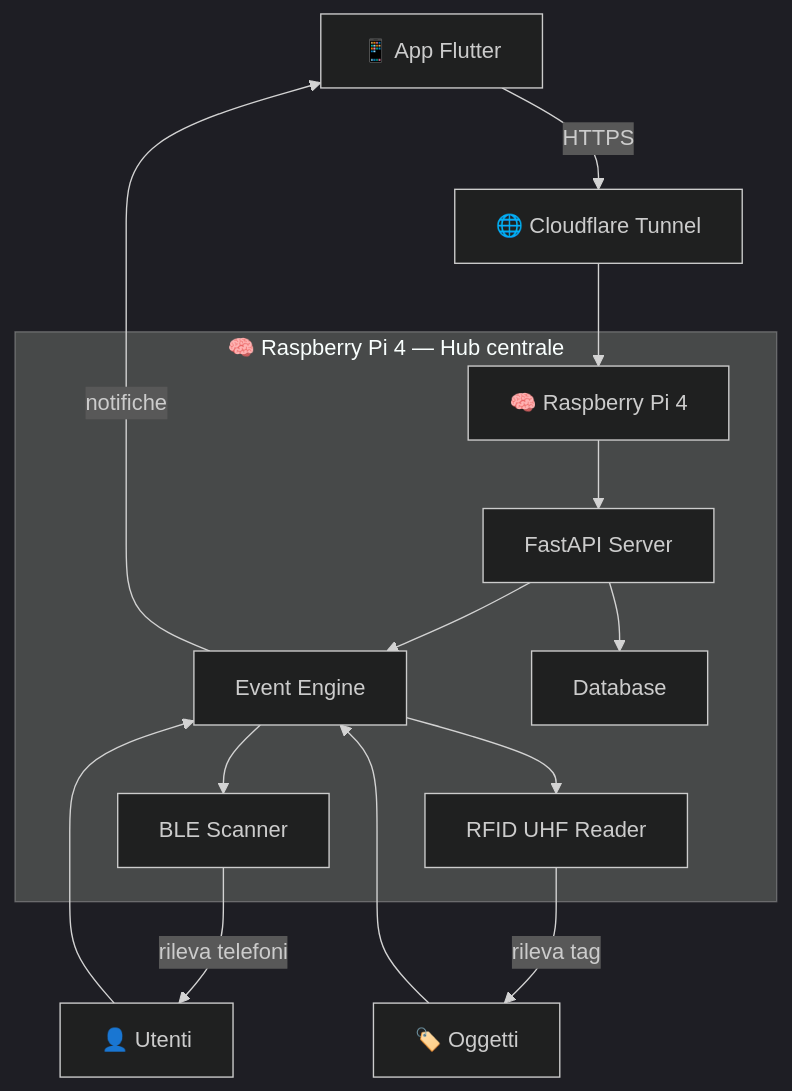
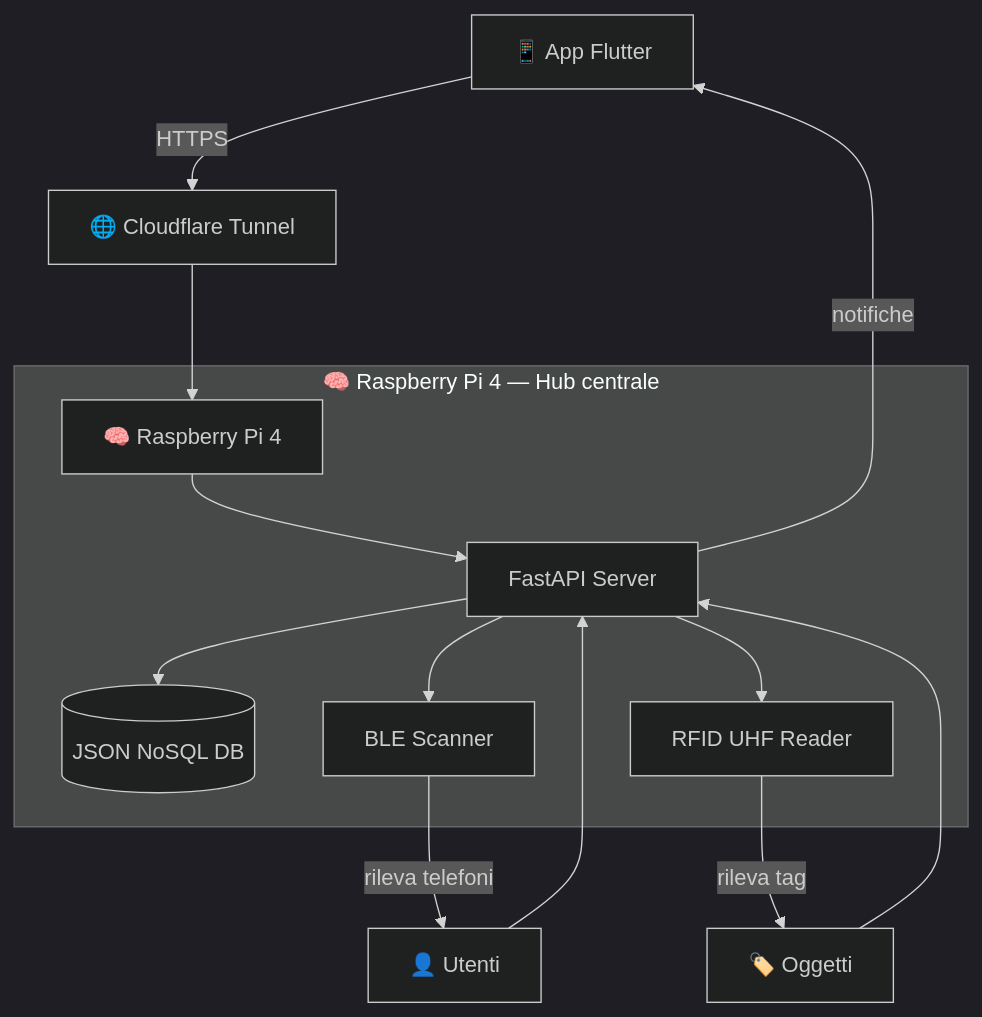
The first of 2 diagrams in docs/panoramica/architettura.md (ScalabrinSimone/GateKeeper), drawn with Mermaid (dark theme) before and after one commit. The commit also changed other lines of this file and 10 other files, not shown here.

````diff
--- a/docs/panoramica/architettura.md
+++ b/docs/panoramica/architettura.md
@@ -14,19 +14,18 @@
 ```mermaid
 graph TD
     A[📱 App Flutter] -->|HTTPS| B[🌐 Cloudflare Tunnel]
     B --> C[🧠 Raspberry Pi 4]
 
     subgraph HUB ["🧠 Raspberry Pi 4 — Hub centrale"]
         C --> D[FastAPI Server]
-        D --> E[Event Engine]
-        D --> F[Database]
-        E --> G[BLE Scanner]
-        E --> H[RFID UHF Reader]
+        D --> F[(JSON NoSQL DB)]
+        D --> G[BLE Scanner]
+        D --> H[RFID UHF Reader]
     end
 
     G -->|rileva telefoni| I[👤 Utenti]
     H -->|rileva tag| J[🏷️ Oggetti]
 
-    I & J --> E
-    E -->|notifiche| A
+    I & J --> D
+    D -->|notifiche| A
 ```
````
